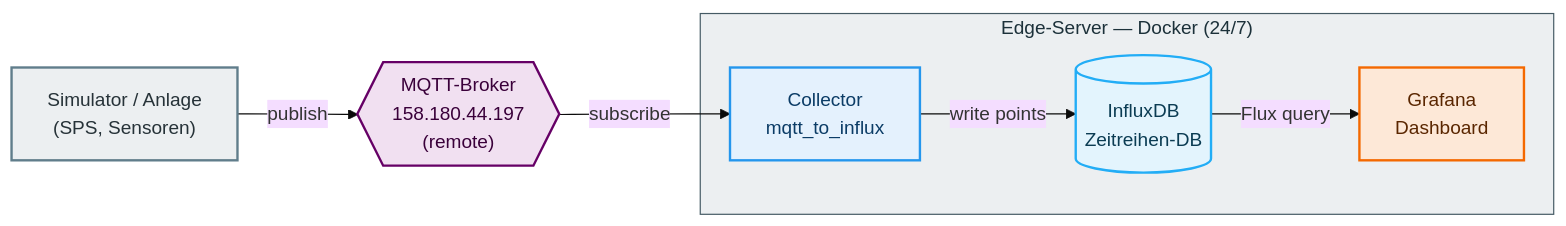
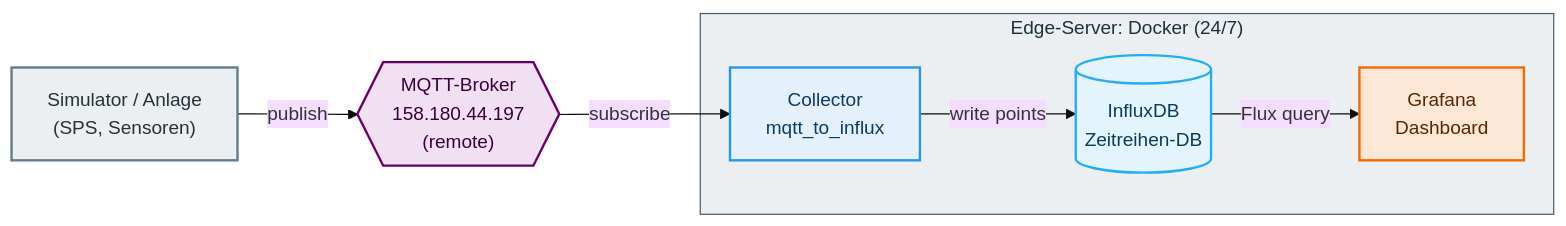
Before and after one commit to wildle/MCI-AUT-IIoT: the diagram in diagrams/architecture_edge_stack.mmd, drawn with Mermaid. The commit also changed 16 other files, not shown here.

```diff
--- a/diagrams/architecture_edge_stack.mmd
+++ b/diagrams/architecture_edge_stack.mmd
@@ -1,32 +1,32 @@
 ---
 config:
   theme: base
 ---
 %% Quelle fuer images/architecture_edge_stack.svg
 %% Export: VS-Code-Mermaid-Extension oder mermaid.live -> SVG nach ../images/
 flowchart LR
     SIM["Simulator / Anlage<br/>(SPS, Sensoren)"]
     BROKER{{"MQTT-Broker<br/>158.180.44.197<br/>(remote)"}}
-    subgraph PI["Edge-Server — Docker (24/7)"]
+    subgraph PI["Edge-Server: Docker (24/7)"]
         COL["Collector<br/>mqtt_to_influx"]
         INFLUX[("InfluxDB<br/>Zeitreihen-DB")]
         GRAF["Grafana<br/>Dashboard"]
     end
     SIM -- publish --> BROKER
     BROKER -- subscribe --> COL
     COL -- "write points" --> INFLUX
     INFLUX -- "Flux query" --> GRAF
 
     classDef quelle stroke:#607D8B,fill:#ECEFF1,color:#263238,stroke-width:2px;
     classDef broker stroke:#660066,fill:#F1E0F1,color:#3A003A,stroke-width:2px;
     classDef collector stroke:#2496ED,fill:#E4F1FD,color:#0B3C66,stroke-width:2px;
     classDef influx stroke:#22ADF6,fill:#E3F4FD,color:#0B3C53,stroke-width:2px;
     classDef grafana stroke:#F46800,fill:#FDE8D7,color:#5A2600,stroke-width:2px;
 
     class SIM quelle;
     class BROKER broker;
     class COL collector;
     class INFLUX influx;
     class GRAF grafana;
 
     style PI stroke:#455A64,fill:#ECEFF1,color:#1C313A;
```
